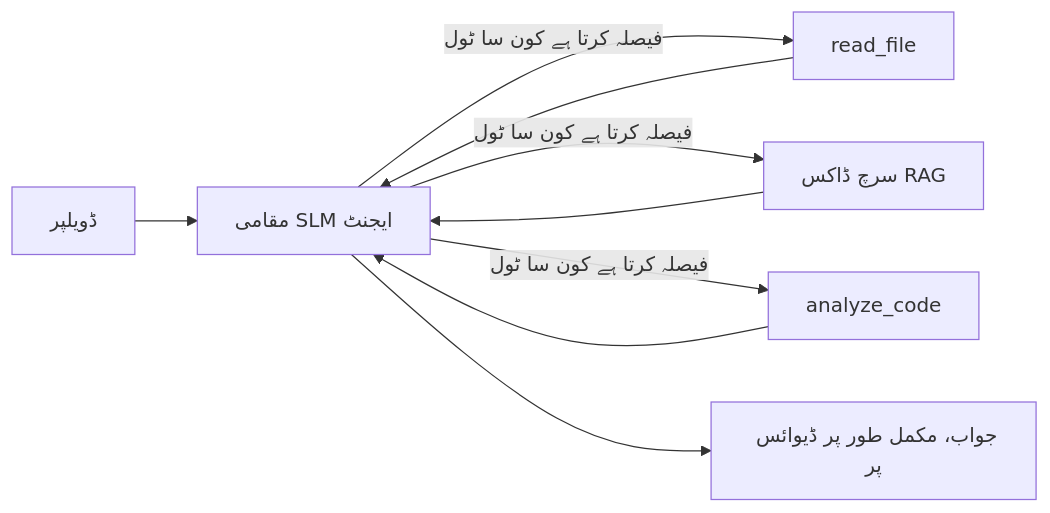
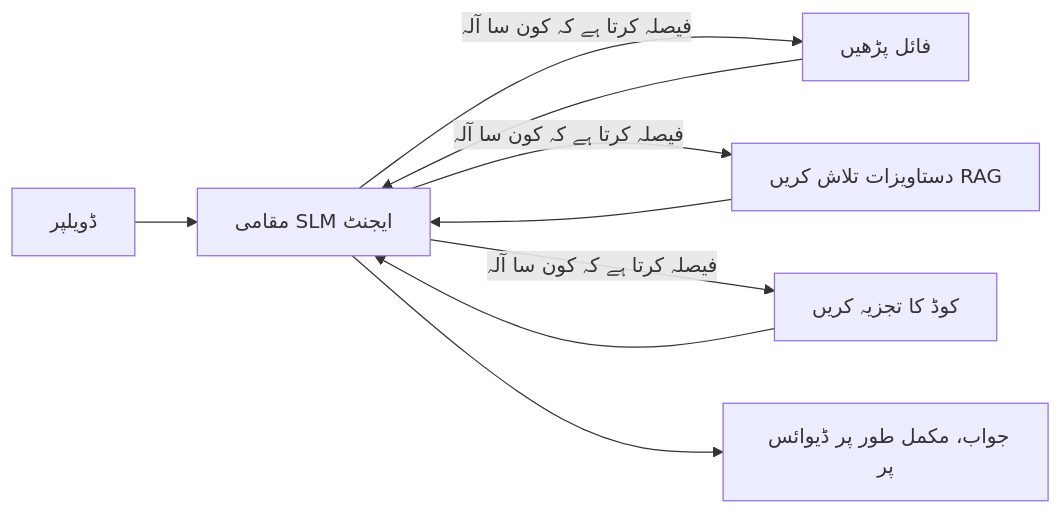
The first of 4 diagrams in translations/ur/17-creating-local-ai-agents/README.md (microsoft/ai-agents-for-beginners), drawn with Mermaid before and after one commit. The commit also changed other lines of this file and 47 other files, not shown here.

````diff
--- a/translations/ur/17-creating-local-ai-agents/README.md
+++ b/translations/ur/17-creating-local-ai-agents/README.md
@@ -67,11 +67,11 @@
 ```mermaid
 flowchart LR
     U[ڈویلپر] --> A[مقامی SLM ایجنٹ]
-    A -->|فیصلہ کرتا ہے کون سا ٹول| T1[read_file]
-    A -->|فیصلہ کرتا ہے کون سا ٹول| T2[سرچ ڈاکس RAG]
-    A -->|فیصلہ کرتا ہے کون سا ٹول| T3[analyze_code]
+    A -->|فیصلہ کرتا ہے کہ کون سا آلہ| T1[فائل پڑھیں]
+    A -->|فیصلہ کرتا ہے کہ کون سا آلہ| T2[دستاویزات تلاش کریں RAG]
+    A -->|فیصلہ کرتا ہے کہ کون سا آلہ| T3[کوڈ کا تجزیہ کریں]
     T1 --> A
     T2 --> A
     T3 --> A
     A --> R[جواب، مکمل طور پر ڈیوائس پر]
 ```
````
